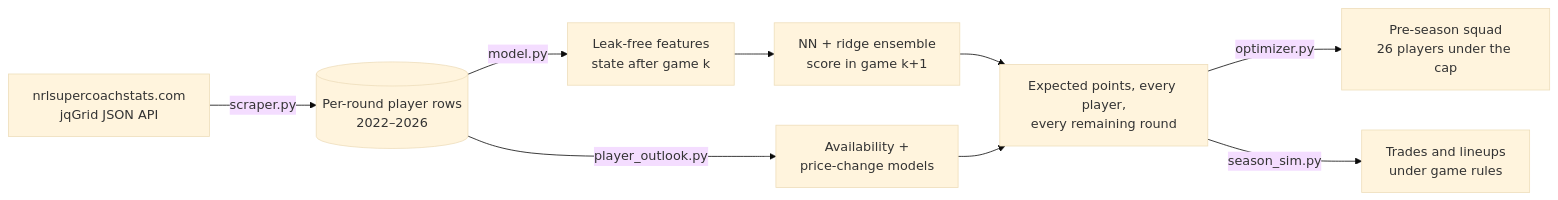
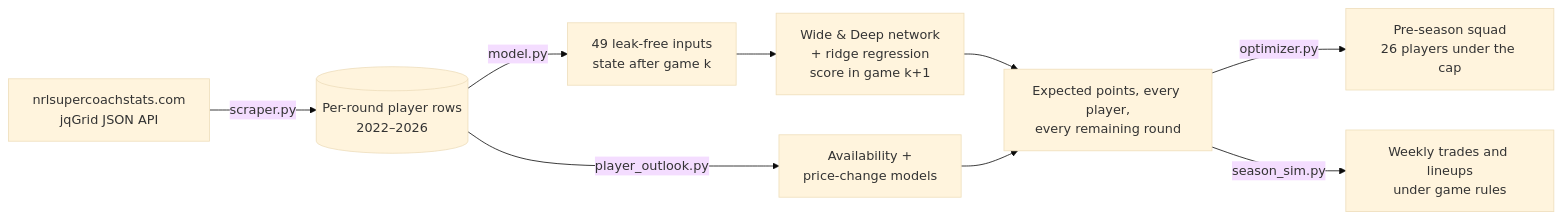
The first of 2 diagrams in README.md (M-Attwood/NRL-Super-Team-Stats), drawn with Mermaid (base theme) before and after one commit. The commit also changed other lines of this file and 20 other files, not shown here.

````diff
--- a/README.md
+++ b/README.md
@@ -33,10 +32,10 @@
 ```mermaid
 flowchart LR
     A[nrlsupercoachstats.com<br/>jqGrid JSON API] -->|scraper.py| B[(Per-round player rows<br/>2022–2026)]
-    B -->|model.py| C[Leak-free features<br/>state after game k]
-    C --> D[NN + ridge ensemble<br/>score in game k+1]
+    B -->|model.py| C[49 leak-free inputs<br/>state after game k]
+    C --> D[Wide & Deep network<br/>+ ridge regression<br/>score in game k+1]
     B -->|player_outlook.py| O[Availability +<br/>price-change models]
     D & O --> E[Expected points, every player,<br/>every remaining round]
     E -->|optimizer.py| F[Pre-season squad<br/>26 players under the cap]
-    E -->|season_sim.py| G[Trades and lineups<br/>under game rules]
+    E -->|season_sim.py| G[Weekly trades and lineups<br/>under game rules]
 ```
````
